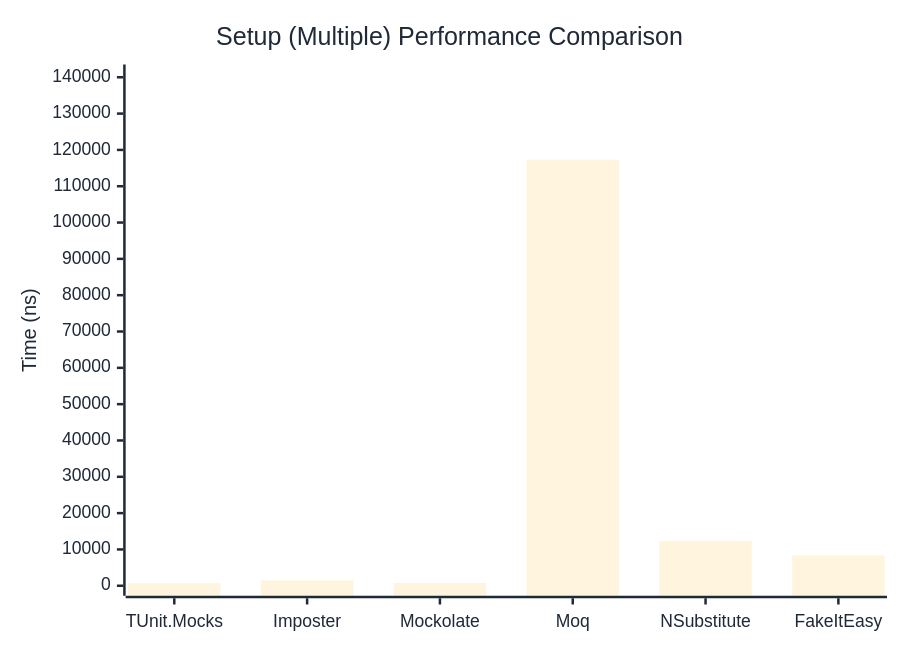
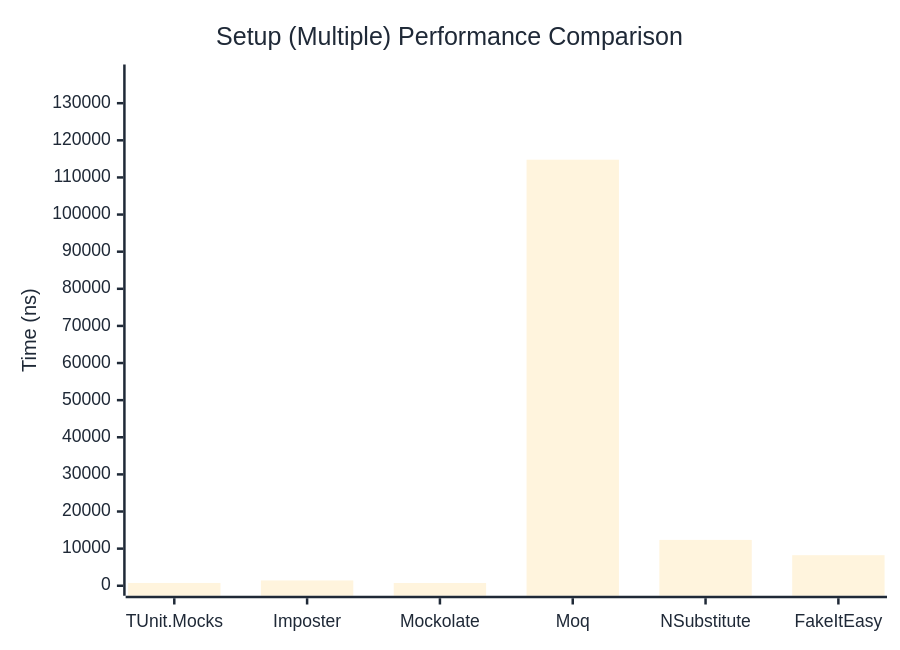
Before and after one commit to thomhurst/TUnit: the second of 2 diagrams in docs/docs/benchmarks/mocks/Setup.md, drawn with Mermaid. The commit also changed other lines of this file and 14 other files, not shown here.

````diff
--- a/docs/docs/benchmarks/mocks/Setup.md
+++ b/docs/docs/benchmarks/mocks/Setup.md
@@ -69,27 +69,27 @@
 ```mermaid
 %%{init: {
   'theme':'base',
   'themeVariables': {
     'primaryColor': '#2563eb',
     'primaryTextColor': '#1f2937',
     'primaryBorderColor': '#1e40af',
     'lineColor': '#6b7280',
     'secondaryColor': '#7c3aed',
     'tertiaryColor': '#dc2626',
     'background': '#ffffff',
     'pie1': '#2563eb',
     'pie2': '#7c3aed',
     'pie3': '#dc2626',
     'pie4': '#f59e0b',
     'pie5': '#10b981',
     'pie6': '#06b6d4',
     'pie7': '#ec4899',
     'pie8': '#6366f1'
   }
 }}%%
 xychart-beta
   title "Setup (Multiple) Performance Comparison"
   x-axis ["TUnit.Mocks", "Imposter", "Mockolate", "Moq", "NSubstitute", "FakeItEasy"]
-  y-axis "Time (ns)" 0 --> 140764
-  bar [709.1, 1457.6, 750.5, 117302.6, 12338.8, 8335.2]
+  y-axis "Time (ns)" 0 --> 137732
+  bar [754.8, 1424.6, 735.1, 114776, 12347.5, 8232]
 ```
````
